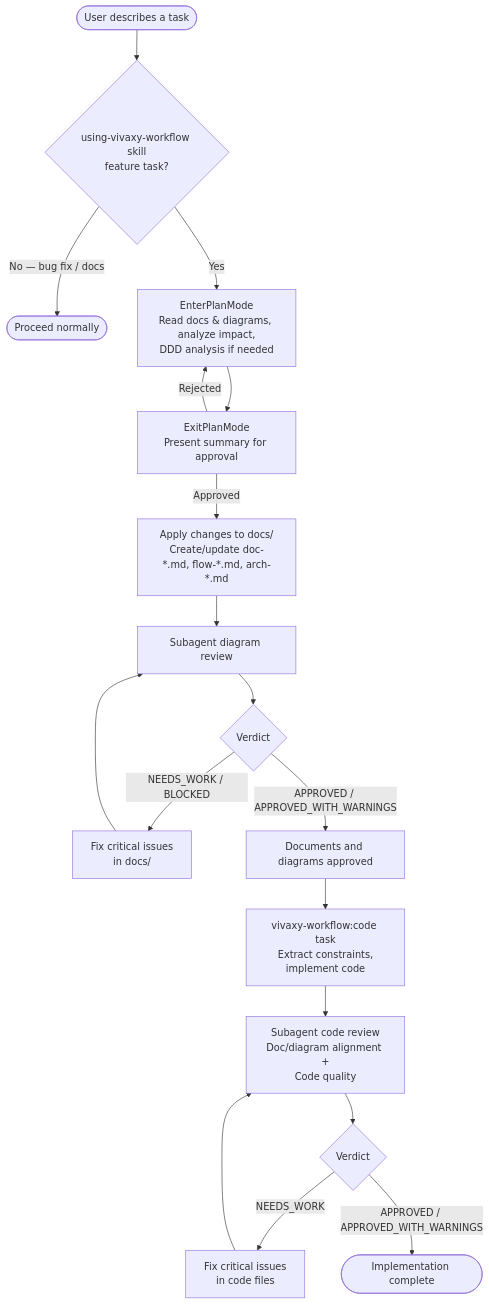
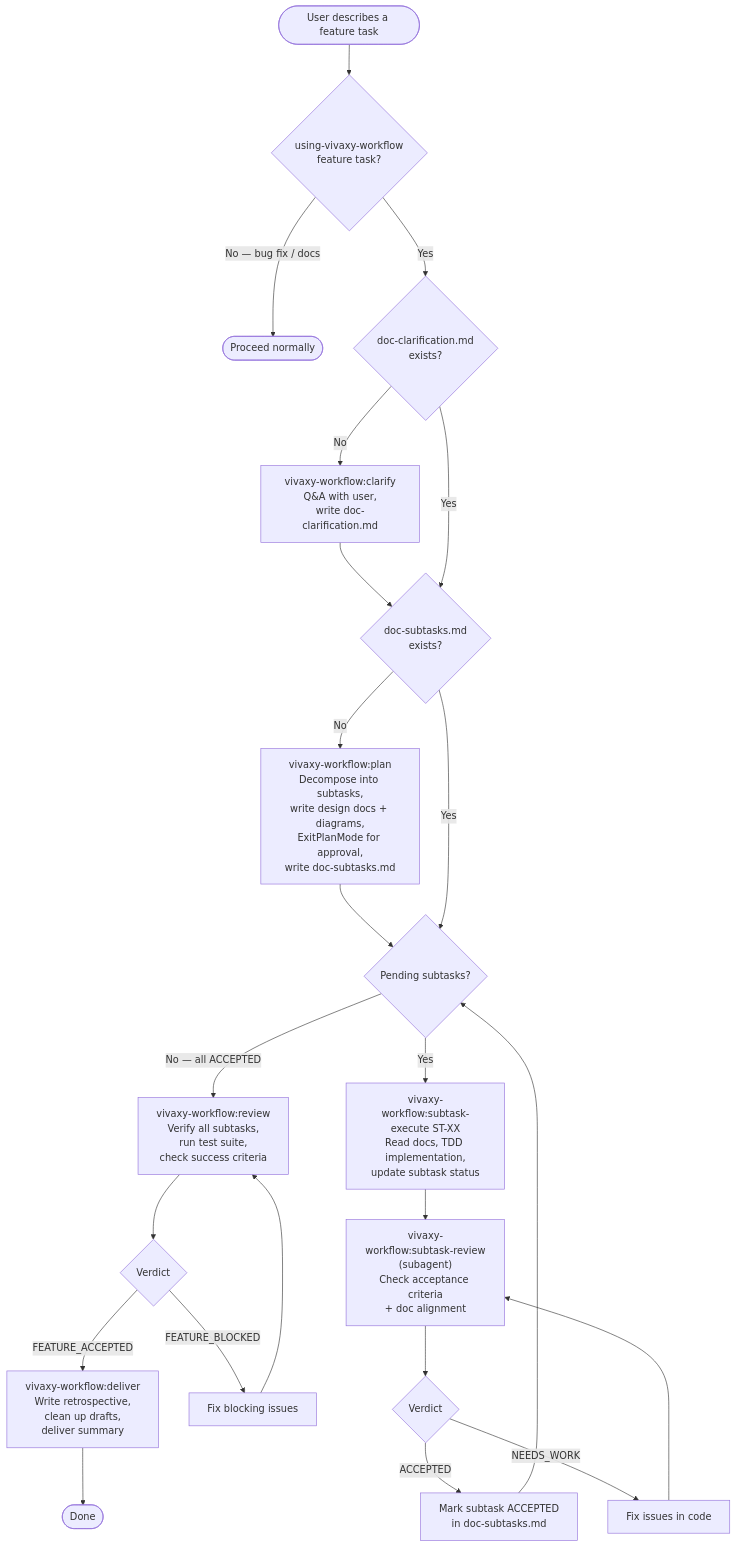
Before and after one commit to vivaxy/claude-code-plugins-vivaxy: the diagram in plugins/vivaxy-workflow/docs/flow-execution.md, drawn with Mermaid. The commit also changed other lines of this file and 13 other files, not shown here.

First line of the commit message:
refactor(vivaxy-workflow): replace 2-phase workflow with 5-phase structured process

````diff
--- a/plugins/vivaxy-workflow/docs/flow-execution.md
+++ b/plugins/vivaxy-workflow/docs/flow-execution.md
@@ -9,24 +9,31 @@
 ```mermaid
 flowchart TD
-    Start([User describes a task])
+    Start([User describes a feature task])
 
-    Start --> UsingVivaxyWorkflow{"using-vivaxy-workflow skill<br>feature task?"}
+    Start --> UsingVivaxyWorkflow{"using-vivaxy-workflow<br>feature task?"}
     UsingVivaxyWorkflow -->|No — bug fix / docs| Passthrough([Proceed normally])
-    UsingVivaxyWorkflow -->|Yes| EnterPlan[EnterPlanMode<br>Read docs & diagrams, analyze impact,<br>DDD analysis if needed]
+    UsingVivaxyWorkflow -->|Yes| CheckClarify{"doc-clarification.md<br>exists?"}
 
-    EnterPlan --> ExitPlan[ExitPlanMode<br>Present summary for approval]
-    ExitPlan -->|Rejected| EnterPlan
-    ExitPlan -->|Approved| ApplyDocs[Apply changes to docs/<br>Create/update doc-*.md, flow-*.md, arch-*.md]
-    ApplyDocs --> DiagramReview[Subagent diagram review]
-    DiagramReview --> DiagramVerdict{Verdict}
-    DiagramVerdict -->|NEEDS_WORK / BLOCKED| FixDiagrams[Fix critical issues<br>in docs/]
-    FixDiagrams --> DiagramReview
-    DiagramVerdict -->|APPROVED / APPROVED_WITH_WARNINGS| ReadyToCode[Documents and diagrams approved]
+    CheckClarify -->|No| Clarify["vivaxy-workflow:clarify<br>Q&A with user,<br>write doc-clarification.md"]
+    Clarify --> CheckPlan{"doc-subtasks.md<br>exists?"}
 
-    ReadyToCode --> RunCode["vivaxy-workflow:code task<br>Extract constraints,<br>implement code"]
-    RunCode --> CodeReview[Subagent code review<br>Doc/diagram alignment +<br>Code quality]
-    CodeReview --> CodeVerdict{Verdict}
-    CodeVerdict -->|NEEDS_WORK| FixCode[Fix critical issues<br>in code files]
-    FixCode --> CodeReview
-    CodeVerdict -->|APPROVED / APPROVED_WITH_WARNINGS| Done([Implementation complete])
+    CheckClarify -->|Yes| CheckPlan
+    CheckPlan -->|No| Plan["vivaxy-workflow:plan<br>Decompose into subtasks,<br>write design docs + diagrams,<br>ExitPlanMode for approval,<br>write doc-subtasks.md"]
+    Plan --> SubtaskLoop
+
+    CheckPlan -->|Yes| SubtaskLoop{"Pending subtasks?"}
+    SubtaskLoop -->|Yes| Execute["vivaxy-workflow:subtask-execute ST-XX<br>Read docs, TDD implementation,<br>update subtask status"]
+    Execute --> SubtaskReview["vivaxy-workflow:subtask-review<br>(subagent)<br>Check acceptance criteria<br>+ doc alignment"]
+    SubtaskReview --> SubtaskVerdict{Verdict}
+    SubtaskVerdict -->|NEEDS_WORK| FixSubtask[Fix issues in code]
+    FixSubtask --> SubtaskReview
+    SubtaskVerdict -->|ACCEPTED| MarkAccepted[Mark subtask ACCEPTED<br>in doc-subtasks.md]
+    MarkAccepted --> SubtaskLoop
+
+    SubtaskLoop -->|No — all ACCEPTED| Review["vivaxy-workflow:review<br>Verify all subtasks,<br>run test suite,<br>check success criteria"]
+    Review --> FeatureVerdict{Verdict}
+    FeatureVerdict -->|FEATURE_BLOCKED| FixFeature[Fix blocking issues]
+    FixFeature --> Review
+    FeatureVerdict -->|FEATURE_ACCEPTED| Deliver["vivaxy-workflow:deliver<br>Write retrospective,<br>clean up drafts,<br>deliver summary"]
+    Deliver --> Done([Done])
 ```
````
